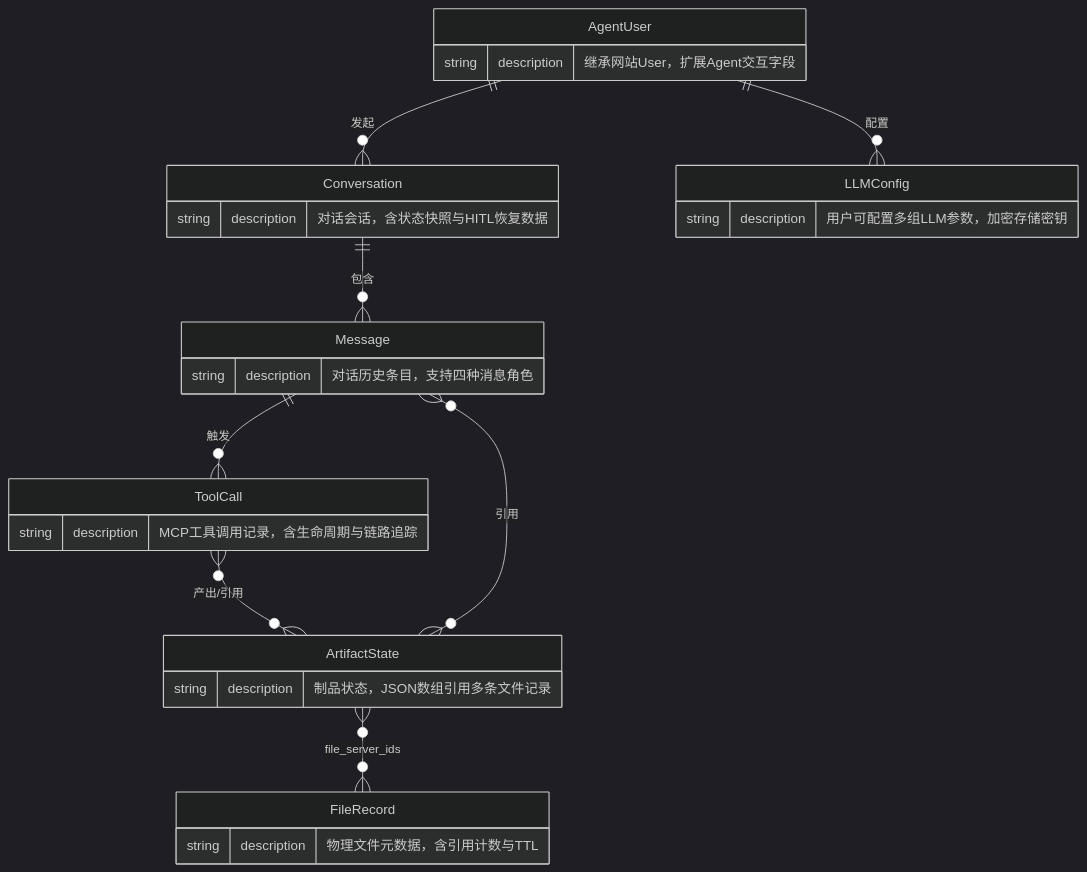
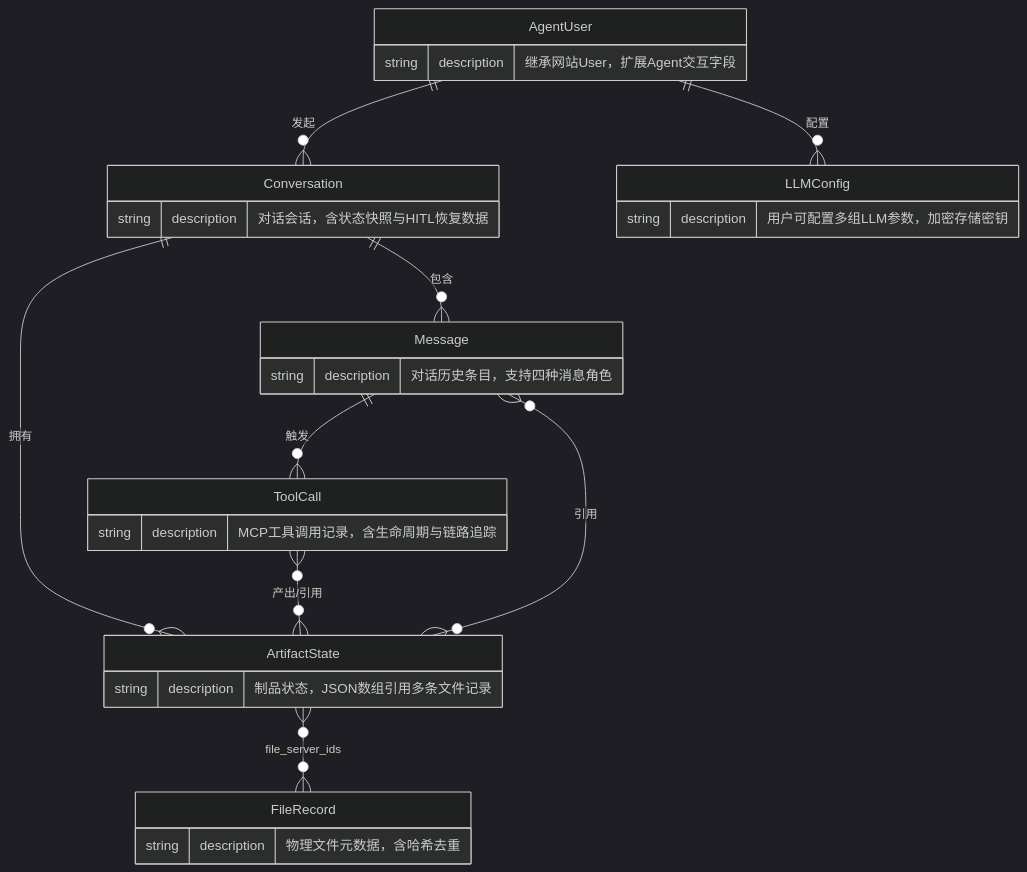
The diagram in LASPAI 智能体数据库设计方案.md (zhou-tian-yi/laspai-agent-design), drawn with Mermaid (dark theme) before and after one commit. The commit also changed other lines of this file and 4 other files, not shown here.

````diff
--- a/LASPAI 智能体数据库设计方案.md
+++ b/LASPAI 智能体数据库设计方案.md
@@ -12,38 +12,39 @@
 ```mermaid
 erDiagram
     AgentUser ||--o{ Conversation : "发起"
     AgentUser ||--o{ LLMConfig : "配置"
     Conversation ||--o{ Message : "包含"
+    Conversation ||--o{ ArtifactState : "拥有"
     Message ||--o{ ToolCall : "触发"
     ToolCall }o--o{ ArtifactState : "产出/引用"
     Message }o--o{ ArtifactState : "引用"
     ArtifactState }o--o{ FileRecord : "file_server_ids"
 
     AgentUser {
         string description "继承网站User，扩展Agent交互字段"
     }
 
     Conversation {
         string description "对话会话，含状态快照与HITL恢复数据"
     }
 
     Message {
         string description "对话历史条目，支持四种消息角色"
     }
 
     ToolCall {
         string description "MCP工具调用记录，含生命周期与链路追踪"
     }
 
     LLMConfig {
         string description "用户可配置多组LLM参数，加密存储密钥"
     }
 
     ArtifactState {
         string description "制品状态，JSON数组引用多条文件记录"
     }
 
     FileRecord {
-        string description "物理文件元数据，含引用计数与TTL"
+        string description "物理文件元数据，含哈希去重"
     }
 ```
````
